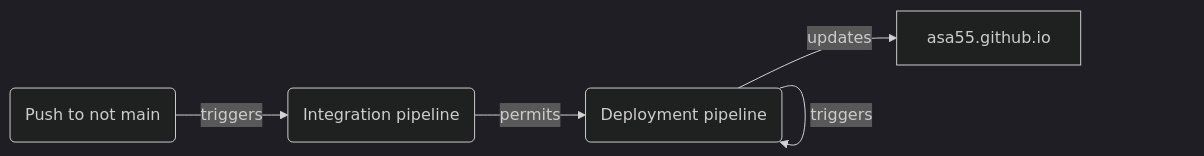
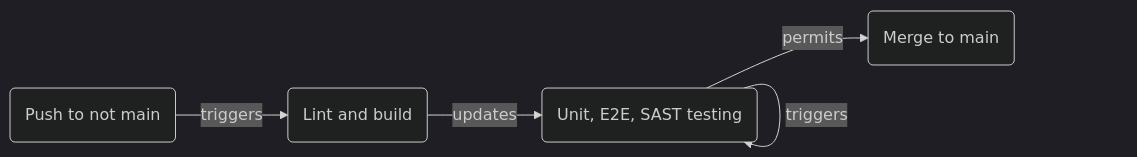
The second of 3 diagrams in .github/README.md (asa55/asa55.github.io), drawn with Mermaid (dark theme) before and after one commit. The commit also changed other lines of this file and 2 other files, not shown here.

First line of the commit message:
Deploy to test again (#45)

````diff
--- a/.github/README.md
+++ b/.github/README.md
@@ -21,4 +23,4 @@
 ```mermaid
 flowchart LR
-    id1(Push to not main)-- triggers -->id2(Integration pipeline)-- permits -->id3(Merge into main)-- triggers -->id3(Deployment pipeline)-- updates -->asa55.github.io
+    id1(Push to not main)-- triggers -->id2(Lint and build)-- updates -->id3(asa55.github.io/test)-- triggers -->id3(Unit, E2E, SAST testing)-- permits -->id4(Merge to main)
 ```
````
